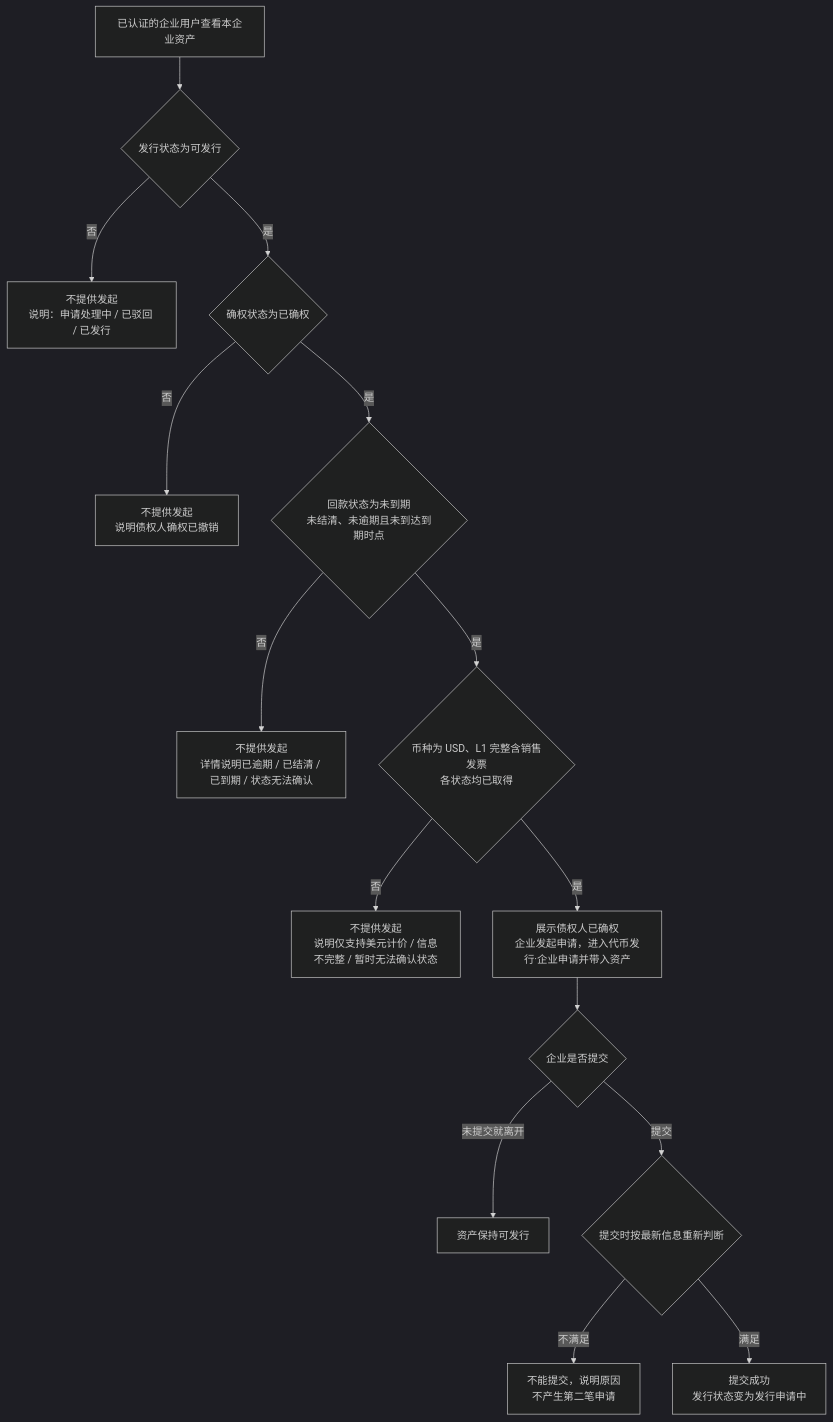
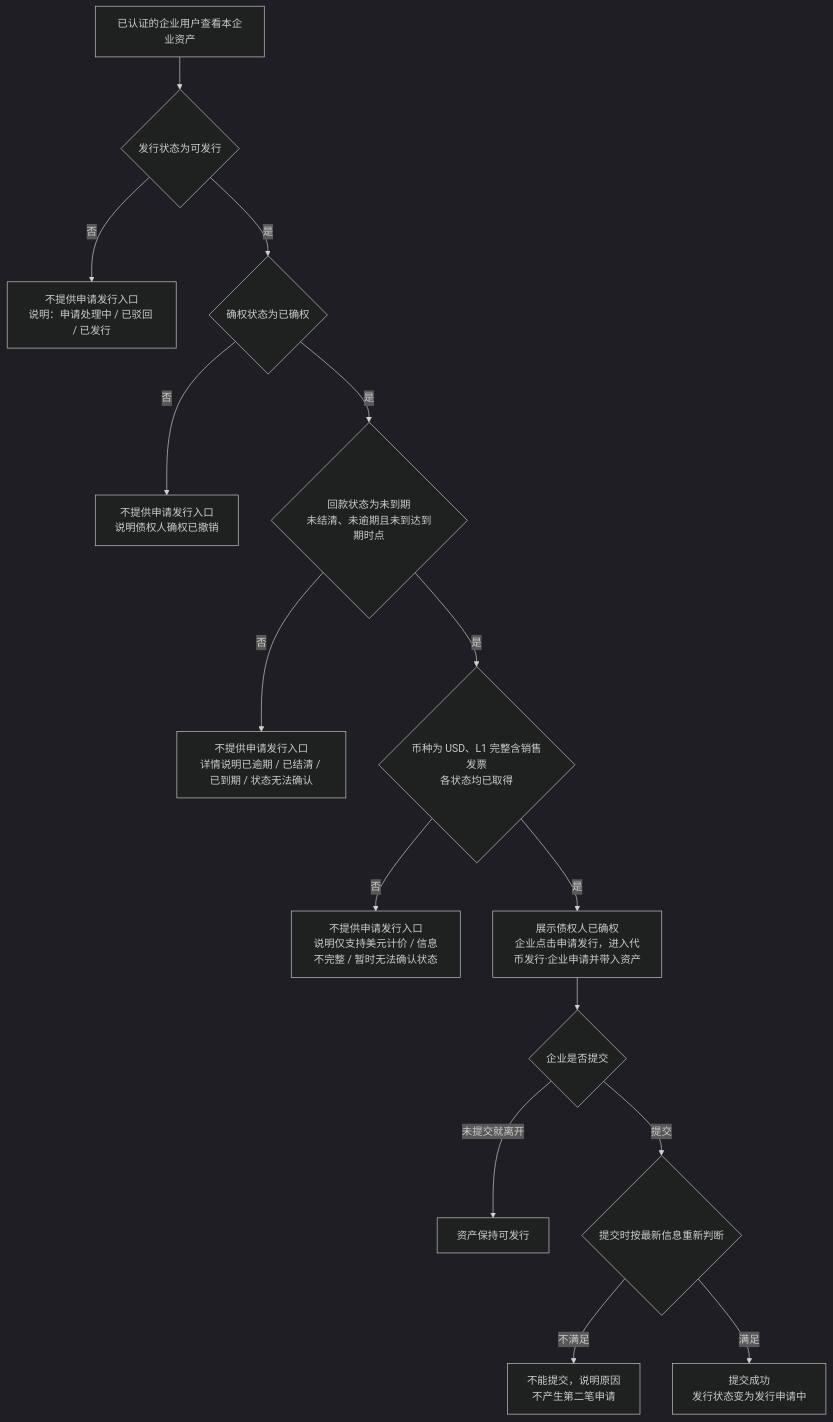
One commit to wxblockchain/Chain-Financing changed the fifth of 6 diagrams in token-issuance-platform/PRD/两端共用/M2-可信资产/02-可信资产-流程图与状态机.md. Above: the diagram before and after it, drawn with Mermaid (dark theme). The commit also changed other lines of this file and 2 other files, not shown here.

Commit message:
prd(WS-508): align trusted asset PRD with latest prototype
Rename the asset identifier to "资产编号", name the entry "申请发行",
drop confirmation status from asset lists (detail only), and add shared
rules for long-name abbreviation and page-number pagination with AC-AS-42.

````diff
--- a/token-issuance-platform/PRD/两端共用/M2-可信资产/02-可信资产-流程图与状态机.md
+++ b/token-issuance-platform/PRD/两端共用/M2-可信资产/02-可信资产-流程图与状态机.md
@@ -91,17 +91,17 @@
 ```mermaid
 flowchart TD
     A[已认证的企业用户查看本企业资产] --> B{发行状态为可发行}
-    B -->|否| X[不提供发起<br/>说明：申请处理中 / 已驳回 / 已发行]
+    B -->|否| X[不提供申请发行入口<br/>说明：申请处理中 / 已驳回 / 已发行]
     B -->|是| C{确权状态为已确权}
-    C -->|否| Y[不提供发起<br/>说明债权人确权已撤销]
+    C -->|否| Y[不提供申请发行入口<br/>说明债权人确权已撤销]
     C -->|是| D{回款状态为未到期<br/>未结清、未逾期且未到达到期时点}
-    D -->|否| Z[不提供发起<br/>详情说明已逾期 / 已结清 / 已到期 / 状态无法确认]
+    D -->|否| Z[不提供申请发行入口<br/>详情说明已逾期 / 已结清 / 已到期 / 状态无法确认]
     D -->|是| E{币种为 USD、L1 完整含销售发票<br/>各状态均已取得}
-    E -->|否| W[不提供发起<br/>说明仅支持美元计价 / 信息不完整 / 暂时无法确认状态]
-    E -->|是| F[展示债权人已确权<br/>企业发起申请，进入代币发行·企业申请并带入资产]
+    E -->|否| W[不提供申请发行入口<br/>说明仅支持美元计价 / 信息不完整 / 暂时无法确认状态]
+    E -->|是| F[展示债权人已确权<br/>企业点击申请发行，进入代币发行·企业申请并带入资产]
     F --> G{企业是否提交}
     G -->|未提交就离开| H[资产保持可发行]
     G -->|提交| I{提交时按最新信息重新判断}
     I -->|不满足| J[不能提交，说明原因<br/>不产生第二笔申请]
     I -->|满足| K[提交成功<br/>发行状态变为发行申请中]
 ```
````
